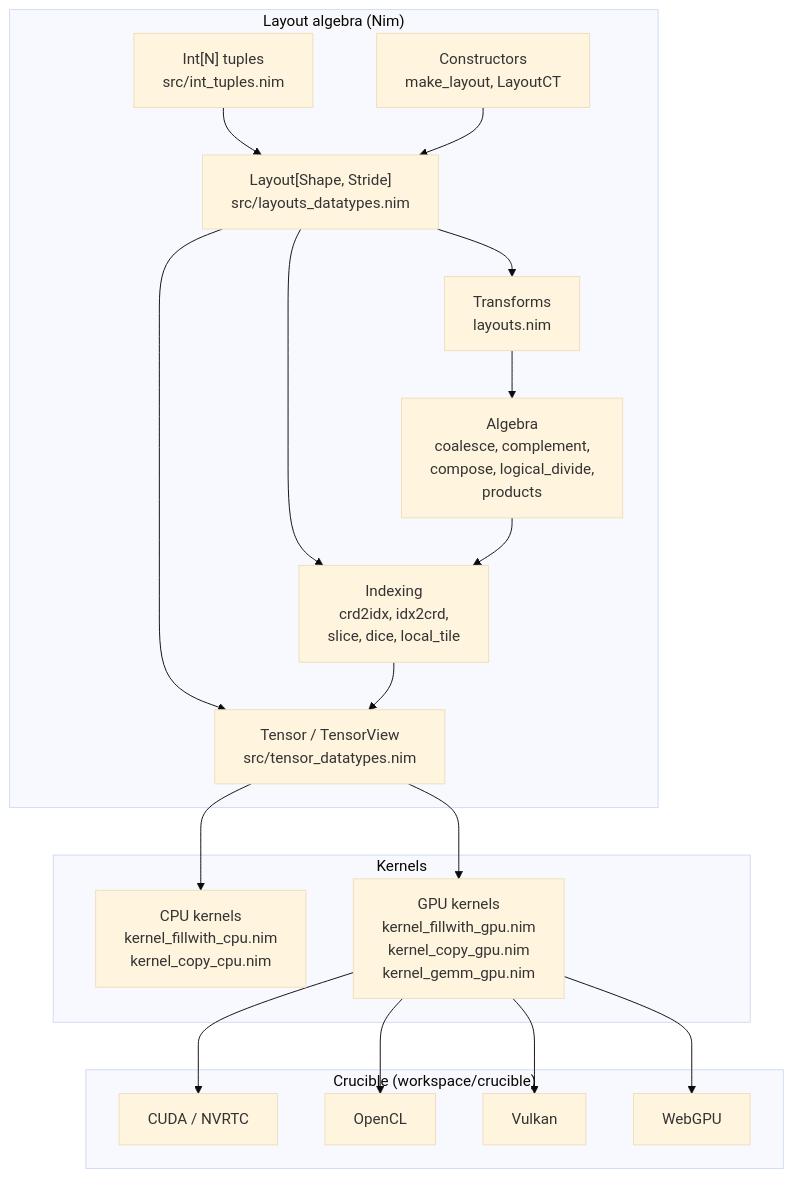
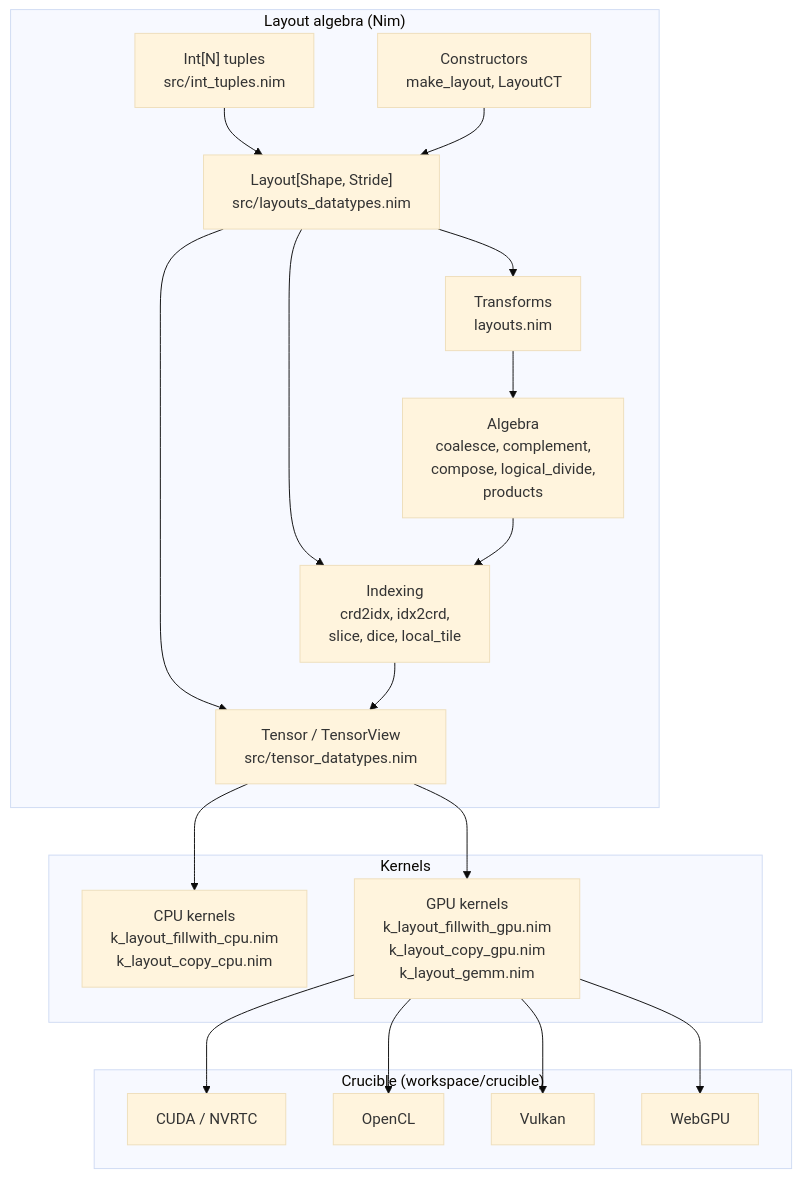
One commit to mratsim/tattletale changed the diagram in workspace/ceramic/ARCHITECTURE.md. Above: the diagram before and after it, drawn with Mermaid (base theme). The commit also changed other lines of this file and 200 other files, not shown here.

````diff
--- a/workspace/ceramic/ARCHITECTURE.md
+++ b/workspace/ceramic/ARCHITECTURE.md
@@ -18,39 +18,39 @@
 ```mermaid
 flowchart TB
   subgraph Core["Layout algebra (Nim)"]
     T["Int[N] tuples<br/>src/int_tuples.nim"]
     L["Layout[Shape, Stride]<br/>src/layouts_datatypes.nim"]
     C["Constructors<br/>make_layout, LayoutCT"]
     X["Transforms<br/>layouts.nim"]
     A["Algebra<br/>coalesce, complement,<br/>compose, logical_divide,<br/>products"]
     TV["Tensor / TensorView<br/>src/tensor_datatypes.nim"]
     IX["Indexing<br/>crd2idx, idx2crd,<br/>slice, dice, local_tile"]
     T --> L
     C --> L
     L --> X --> A
     L --> IX
     A --> IX
     L --> TV
     IX --> TV
   end
 
   subgraph Kernels
-    CPU["CPU kernels<br/>kernel_fillwith_cpu.nim<br/>kernel_copy_cpu.nim"]
-    GPU["GPU kernels<br/>kernel_fillwith_gpu.nim<br/>kernel_copy_gpu.nim<br/>kernel_gemm_gpu.nim"]
+    CPU["CPU kernels<br/>k_layout_fillwith_cpu.nim<br/>k_layout_copy_cpu.nim"]
+    GPU["GPU kernels<br/>k_layout_fillwith_gpu.nim<br/>k_layout_copy_gpu.nim<br/>k_layout_gemm.nim"]
   end
 
   TV --> CPU
   TV --> GPU
 
   subgraph Codegen["Crucible (workspace/crucible)"]
     NVRTC["CUDA / NVRTC"]
     OCL["OpenCL"]
     VK["Vulkan"]
     WG["WebGPU"]
   end
 
   GPU --> NVRTC
   GPU --> OCL
   GPU --> VK
   GPU --> WG
 ```
````
